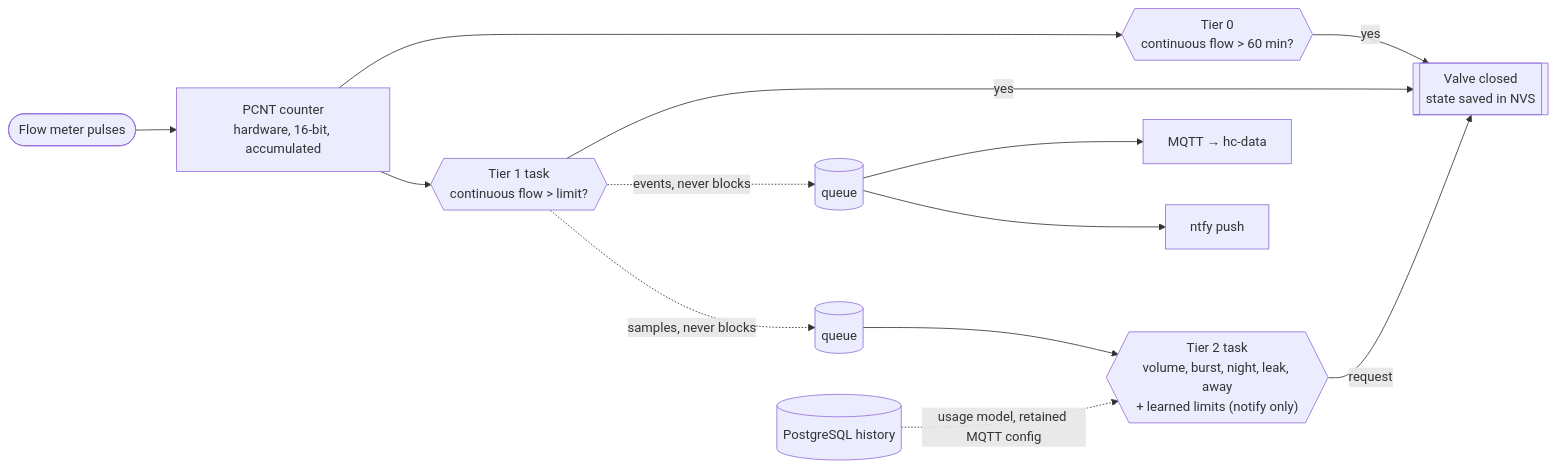
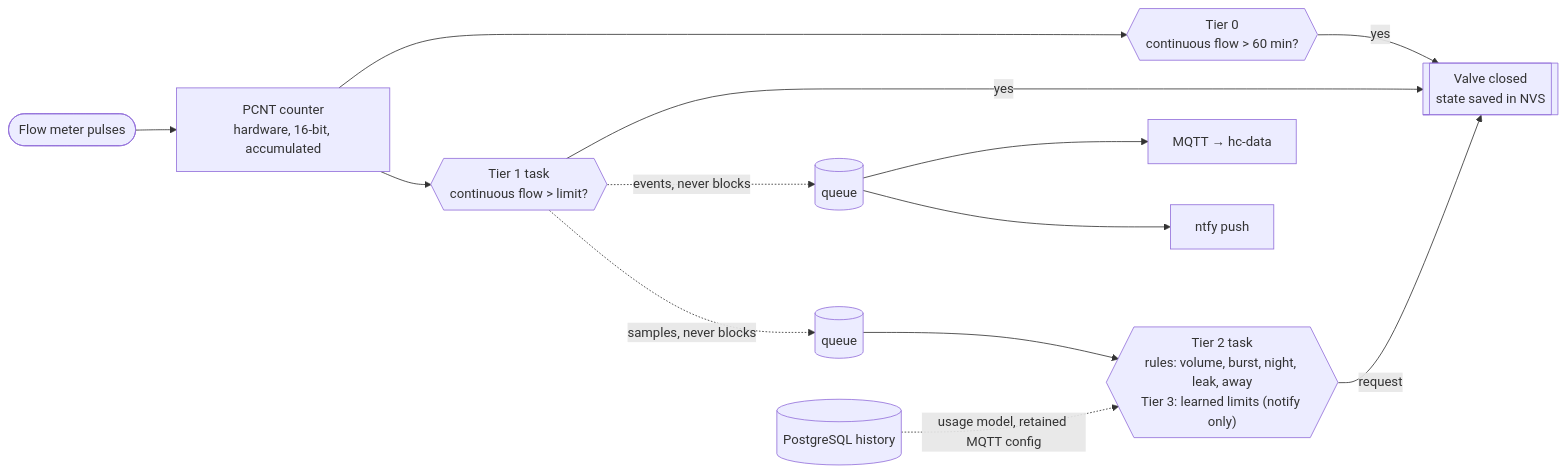
The first of 2 diagrams in README.md (tomekceszke/water-controller), drawn with Mermaid before and after one commit. The commit also changed other lines of this file and 8 other files, not shown here.

First line of the commit message:
Learned limits become Tier 3, notify only

````diff
--- a/README.md
+++ b/README.md
@@ -58,15 +58,15 @@
 ```mermaid
 flowchart LR
     meter([Flow meter pulses]) --> pcnt[PCNT counter<br/>hardware, 16-bit, accumulated]
     pcnt --> t0{{"Tier 0<br/>continuous flow > 60 min?"}}
     t0 -- yes --> valve
     pcnt --> t1{{"Tier 1 task<br/>continuous flow > limit?"}}
     t1 -- yes --> valve[[Valve closed<br/>state saved in NVS]]
     t1 -. samples, never blocks .-> q1[(queue)]
-    q1 --> t2{{"Tier 2 task<br/>volume, burst, night, leak, away<br/>+ learned limits (notify only)"}}
+    q1 --> t2{{"Tier 2 task<br/>rules: volume, burst, night, leak, away<br/>Tier 3: learned limits (notify only)"}}
     t2 -- request --> valve
     t1 -. events, never blocks .-> q2[(queue)]
     q2 --> mqtt[MQTT → hc-data]
     q2 --> ntfy[ntfy push]
     server[(PostgreSQL history)] -. usage model, retained MQTT config .-> t2
 ```
````
